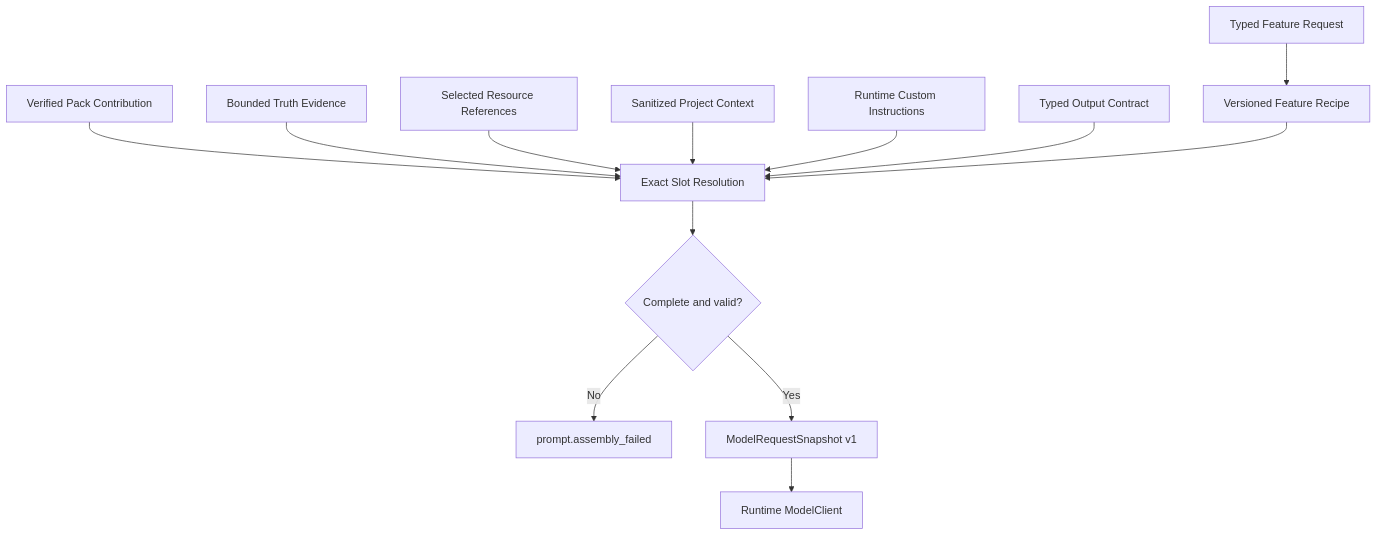
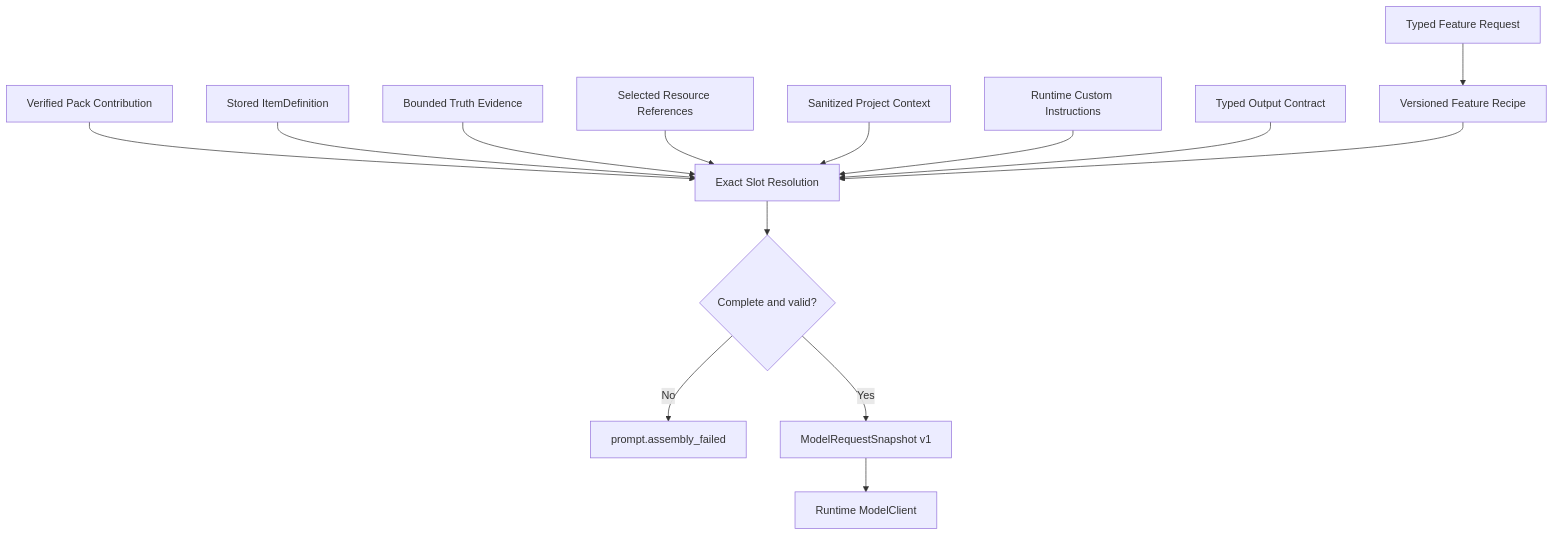
The diagram in docs/01-总览/Prompt-文本资源总览.md (Frashmeat/AgentForSTS2), drawn with Mermaid before and after one commit. The commit also changed other lines of this file and 29 other files, not shown here.

````diff
--- a/docs/01-总览/Prompt-文本资源总览.md
+++ b/docs/01-总览/Prompt-文本资源总览.md
@@ -9,15 +9,16 @@
 ```mermaid
 flowchart TB
     Input[Typed Feature Request] --> Recipe[Versioned Feature Recipe]
     Pack[Verified Pack Contribution] --> Slots[Exact Slot Resolution]
+    Item[Stored ItemDefinition] --> Slots
     Truth[Bounded Truth Evidence] --> Slots
     Resources[Selected Resource References] --> Slots
     Project[Sanitized Project Context] --> Slots
     Custom[Runtime Custom Instructions] --> Slots
     Contract[Typed Output Contract] --> Slots
     Recipe --> Slots
     Slots --> Validate{Complete and valid?}
     Validate -->|No| Failure[prompt.assembly_failed]
     Validate -->|Yes| Snapshot[ModelRequestSnapshot v1]
     Snapshot --> Model[Runtime ModelClient]
 ```
````
